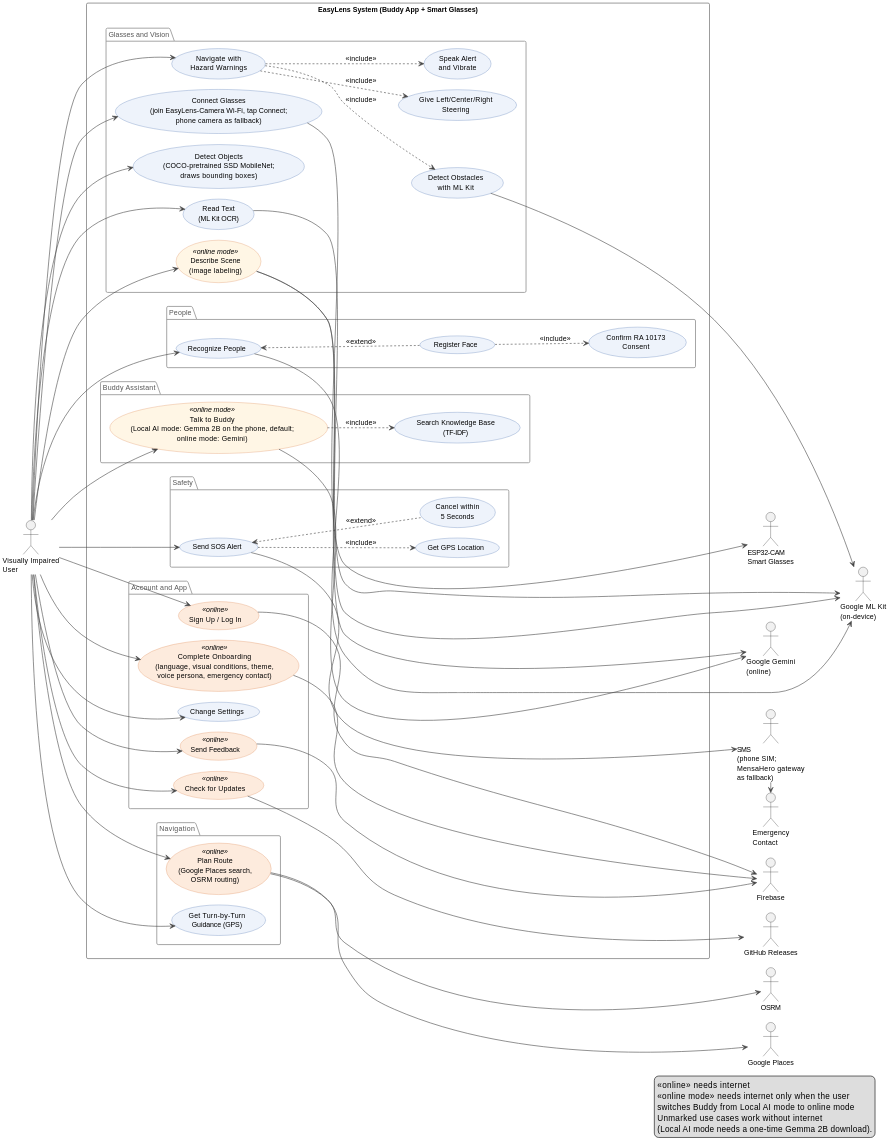
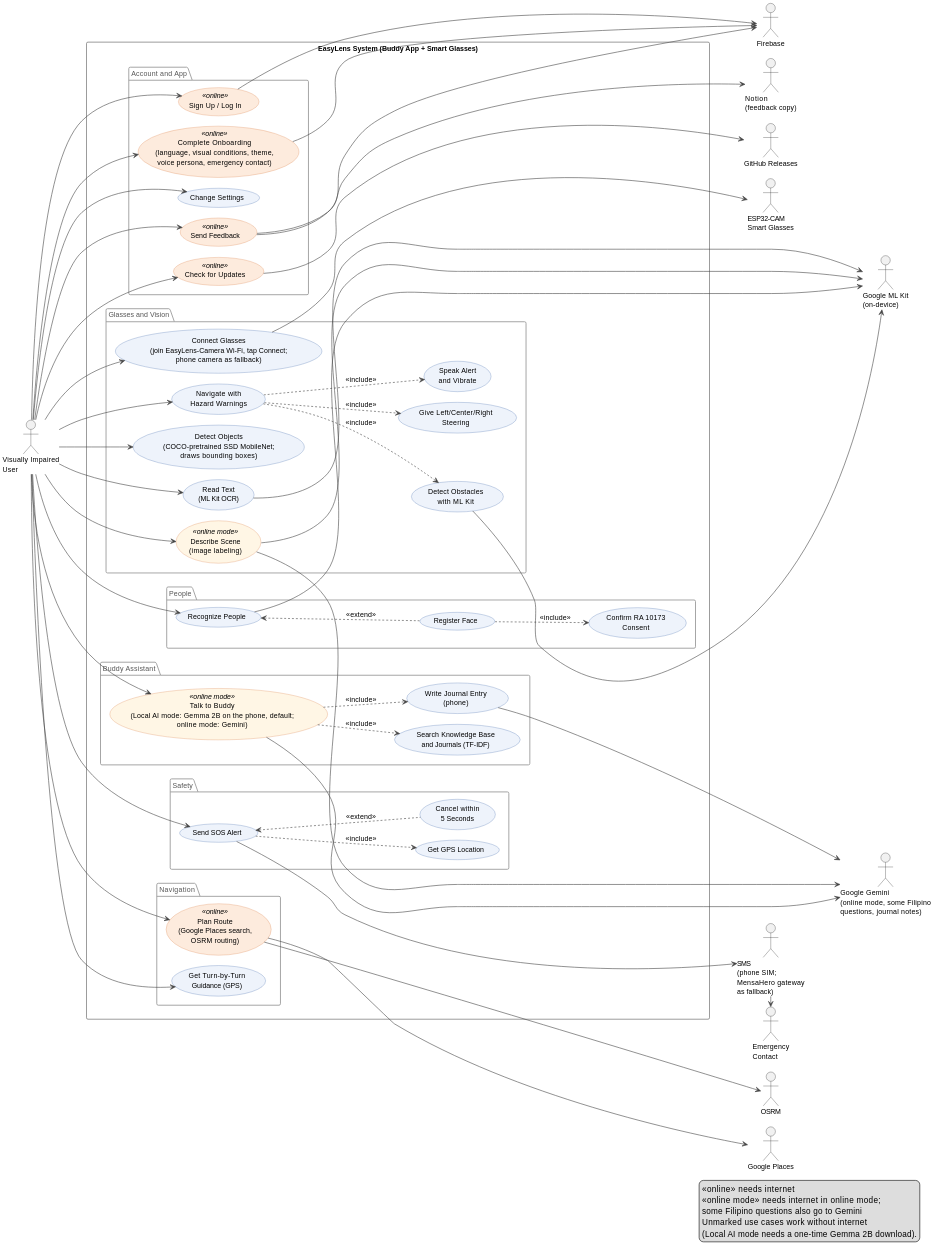
Before and after one commit to ciellamher/easylens: the second of 2 diagrams in docs/figures/08_appendix_d_use_case_diagrams.md, drawn with PlantUML. The commit also changed other lines of this file and 3 other files, not shown here.

Commit message:
docs(figures): add journals, Notion and Gemini routing to D.2 and E.2

```diff
--- a/docs/figures/08_appendix_d_use_case_diagrams.md
+++ b/docs/figures/08_appendix_d_use_case_diagrams.md
@@ -115,11 +115,13 @@
 actor "GitHub Releases" as GitHub
 actor "ESP32-CAM\nSmart Glasses" as Glasses
 actor "Google ML Kit\n(on-device)" as MLKit
-actor "Google Gemini\n(online)" as Gemini
+actor "Google Gemini\n(online mode, some Filipino\nquestions, journal notes)" as Gemini
 actor "Google Places" as Places
 actor "OSRM" as OSRM
 actor "SMS\n(phone SIM;\nMensaHero gateway\nas fallback)" as SMS
 actor "Emergency\nContact" as Contact
+actor "Notion\n(feedback copy)" as Notion
+
 
 rectangle "EasyLens System (Buddy App + Smart Glasses)" {
   package "Account and App" {
@@ -146,7 +148,8 @@
   }
   package "Buddy Assistant" {
     usecase "Talk to Buddy\n(Local AI mode: Gemma 2B on the phone, default;\nonline mode: Gemini)" as Talk <<online mode>>
-    usecase "Search Knowledge Base\n(TF-IDF)" as KB
+    usecase "Search Knowledge Base\nand Journals (TF-IDF)" as KB
+    usecase "Write Journal Entry\n(phone)" as Journal
   }
   package "Navigation" {
     usecase "Plan Route\n(Google Places search,\nOSRM routing)" as Route <<online>>
@@ -158,6 +161,8 @@
     usecase "Cancel within\n5 Seconds" as Cancel
   }
 }
+
+
 
 User --> SignUp
 User --> Onboard
@@ -181,6 +186,7 @@
 Recognize <.. Register : <<extend>>
 Register ..> Consent : <<include>>
 Talk ..> KB : <<include>>
+Talk ..> Journal : <<include>>
 SOS ..> GPS : <<include>>
 SOS <.. Cancel : <<extend>>
 
@@ -194,6 +200,8 @@
 SignUp ----> Firebase
 Onboard ----> Firebase
 Feedback ----> Firebase
+Feedback ----> Notion
+Journal ----> Gemini
 Route ----> Places
 Route ----> OSRM
 Updates ----> GitHub
@@ -202,8 +210,8 @@
 
 legend right
   <<online>>  needs internet
-  <<online mode>>  needs internet only when the user
-  switches Buddy from Local AI mode to online mode
+  <<online mode>>  needs internet in online mode;
+  some Filipino questions also go to Gemini
   Unmarked use cases work without internet
   (Local AI mode needs a one-time Gemma 2B download).
 endlegend
```
